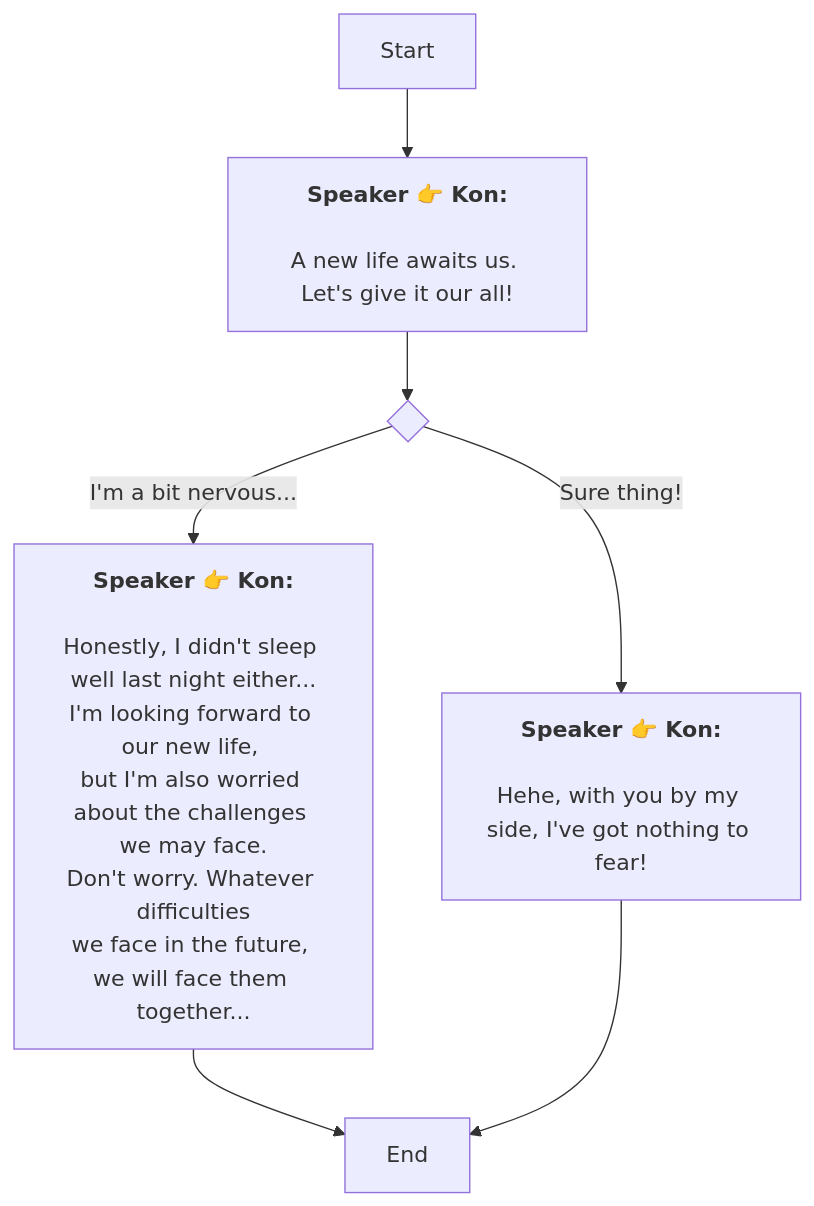
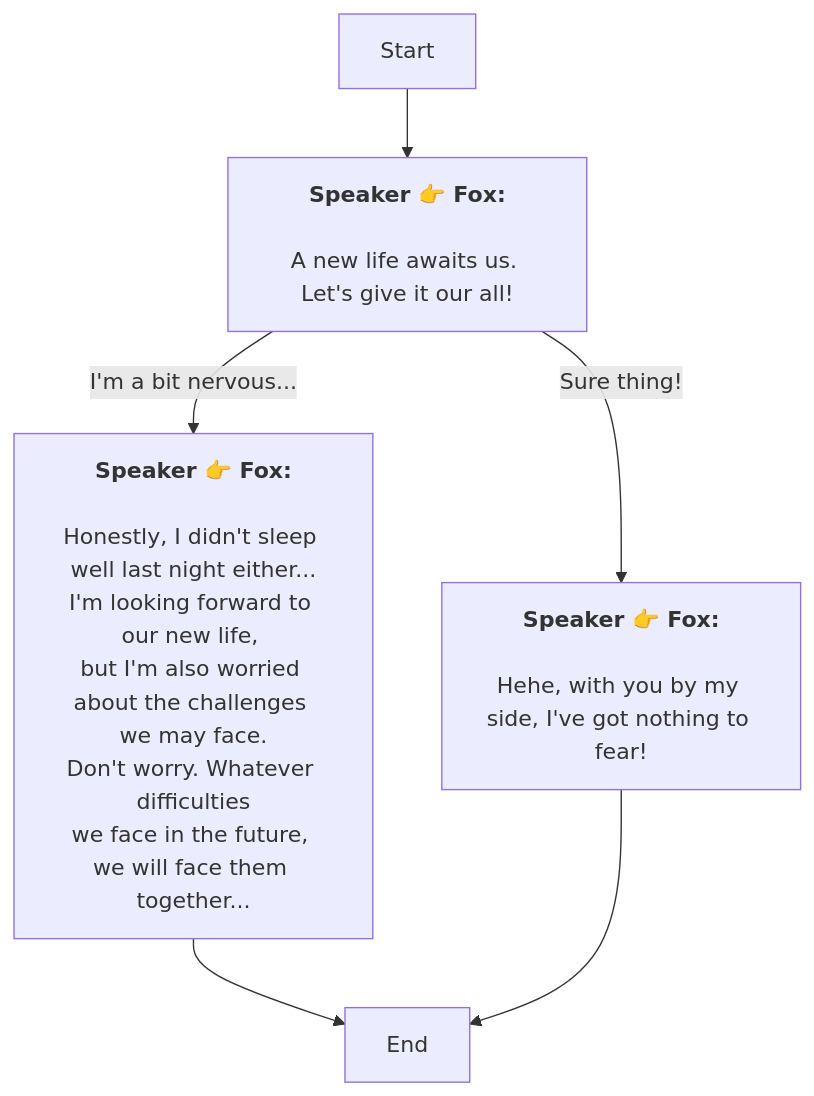
One commit to SoftHu/tos_avg changed the diagram in En/AddDialogNode_1739604715000012.md. Above: the diagram before and after it, drawn with Mermaid. The commit also changed 737 other files, not shown here.

````diff
--- a/En/AddDialogNode_1739604715000012.md
+++ b/En/AddDialogNode_1739604715000012.md
@@ -1,20 +1,15 @@
 ```mermaid
 graph
-Start -->1739604959410383[<b>Speaker 👉 Kon:</b>
-
-A new life awaits us. Let's give it our all!]
-1739604959410383 -->1739606138329283{ }
-1739606138329283 -->|I'm a bit nervous...|1739607005541577[<b>Speaker 👉 Kon:</b>
-
-Honestly, I didn't sleep well last night either...
+Start -->1739604959410383[<b>Speaker 👉 Fox:</b>
+\nA new life awaits us. Let's give it our all!]
+1739604959410383 -->|I'm a bit nervous...|1739607005541577[<b>Speaker 👉 Fox:</b>
+\nHonestly, I didn't sleep well last night either...
 I'm looking forward to our new life, 
-but I'm also worried about the challenges we may face.
-Don't worry. Whatever difficulties
+but I'm also worried about the challenges we may face.\nDon't worry. Whatever difficulties
 we face in the future, we will face them together...]
-1739606138329283 -->|Sure thing!|1739610483867850[<b>Speaker 👉 Kon:</b>
-
-Hehe, with you by my side, I've got nothing to fear!]
+1739604959410383 -->|Sure thing!|1739610483867850[<b>Speaker 👉 Fox:</b>
+\nHehe, with you by my side, I've got nothing to fear!]
 1739607005541577 -->1739675679144139[End]
 1739610483867850 -->1739675679144139[End]
 
- ```
+```
````
